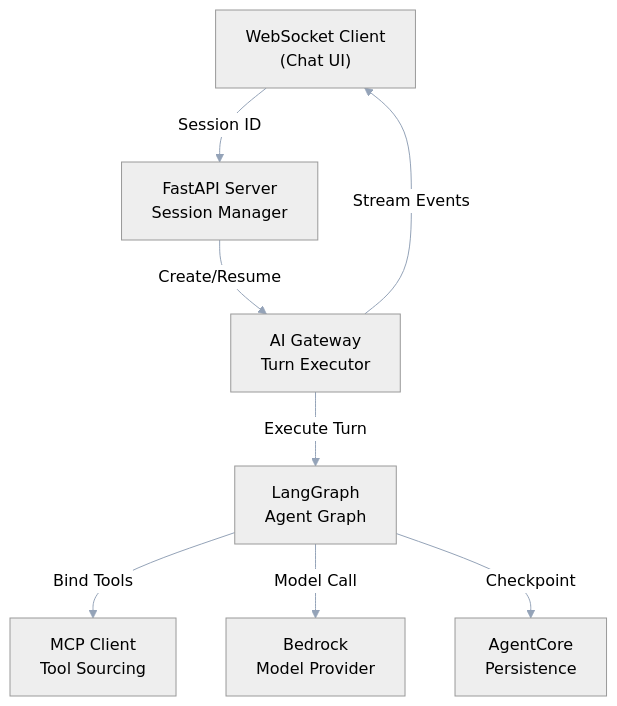
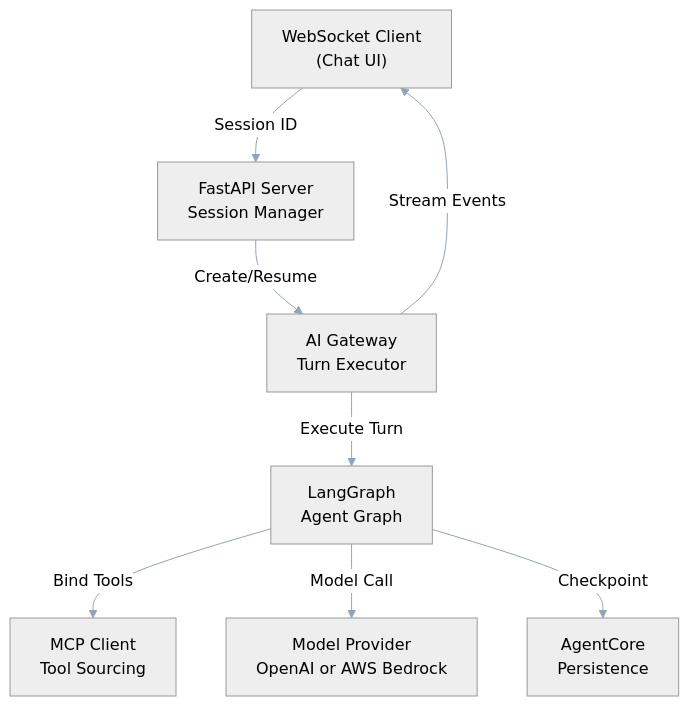
One commit to Dhaigvip/ai-agent-template changed the diagram in docs/diagrams/system-overview.mmd. Above: the diagram before and after it, drawn with Mermaid. The commit also changed 3 other files, not shown here.

First line of the commit message:
Relabel model provider in architecture diagrams

```diff
--- a/docs/diagrams/system-overview.mmd
+++ b/docs/diagrams/system-overview.mmd
@@ -1,17 +1,17 @@
 %%{init: {'theme':'neutral', 'themeVariables': {'lineColor':'#94a3b8'}}}%%
 graph TB
     Client["WebSocket Client<br/>(Chat UI)"]
     Server["FastAPI Server<br/>Session Manager"]
     Gateway["AI Gateway<br/>Turn Executor"]
     Graph["LangGraph<br/>Agent Graph"]
     MCP["MCP Client<br/>Tool Sourcing"]
-    Models["Bedrock<br/>Model Provider"]
+    Models["Model Provider<br/>OpenAI or AWS Bedrock"]
     Memory["AgentCore<br/>Persistence"]
     
     Client -->|Session ID| Server
     Server -->|Create/Resume| Gateway
     Gateway -->|Execute Turn| Graph
     Graph -->|Bind Tools| MCP
     Graph -->|Model Call| Models
     Graph -->|Checkpoint| Memory
     Gateway -->|Stream Events| Client
```
